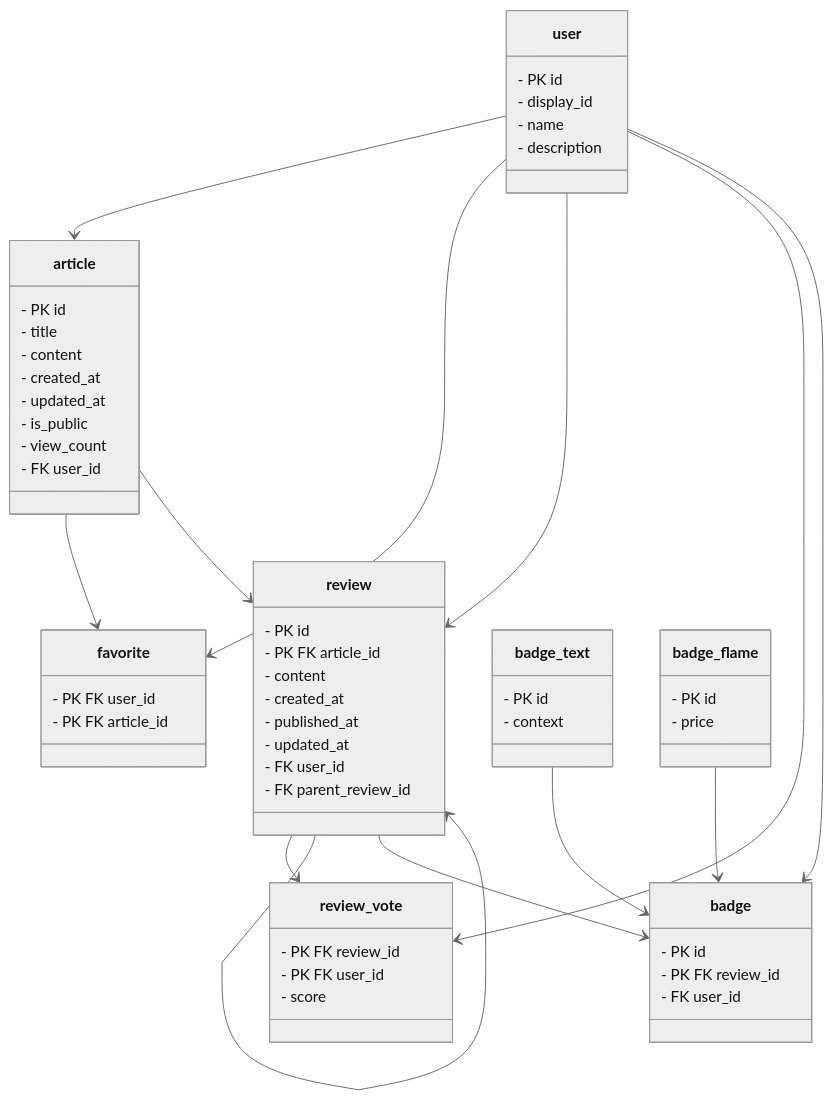
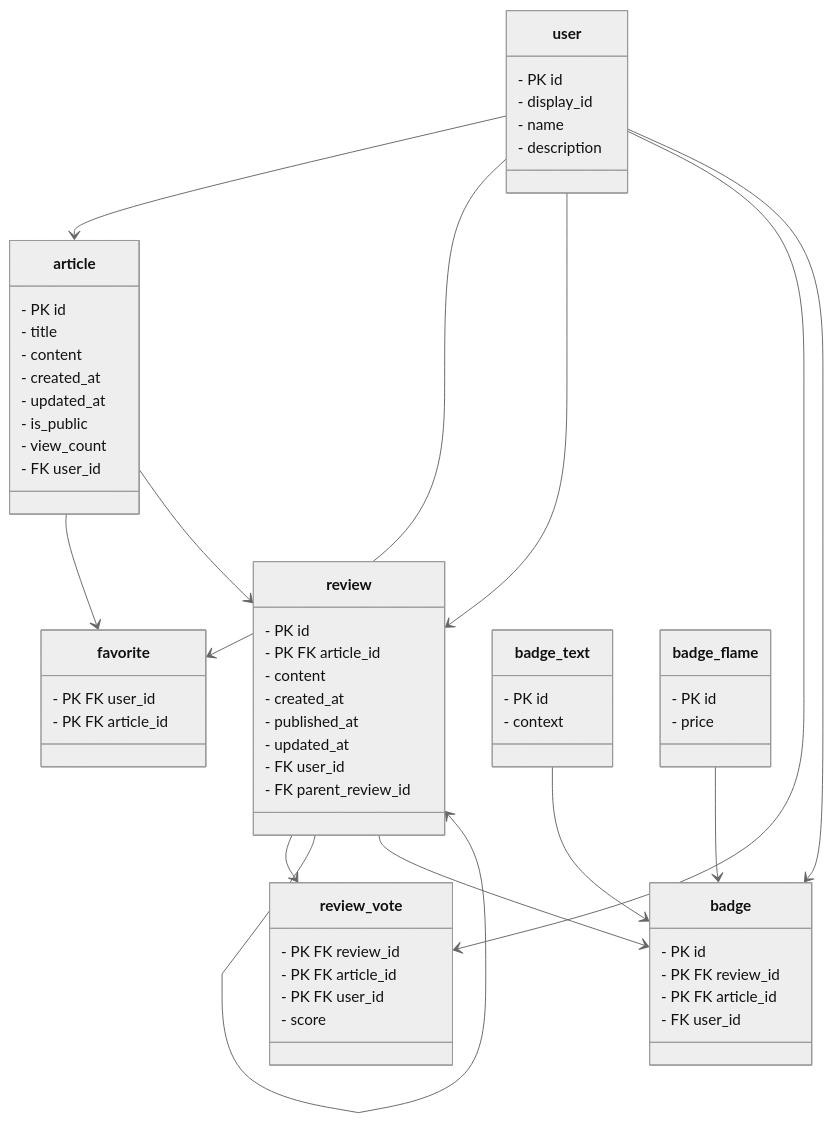
One commit to Potato-Gratin/TechPad changed the diagram in db/ER図.md. Above: the diagram before and after it, drawn with Mermaid (neutral theme). The commit also changed 2 other files, not shown here.

Commit message:
fix: review テーブルの設計を外部キーに反映

````diff
--- a/db/ER図.md
+++ b/db/ER図.md
@@ -1,72 +1,74 @@
 ```mermaid
 classDiagram
   user --> article
   user --> favorite
   article --> favorite
   article --> review
   user --> review
   review --> review_vote
   user --> review_vote
   review --> review
   user --> badge
   review --> badge
   badge_text --> badge
   badge_flame --> badge
 
 
   class user{
     - PK id
     - display_id
     - name
     - description
   }
 
   class article{
   - PK id
   - title
   - content
   - created_at
   - updated_at
   - is_public
   - view_count
   - FK user_id
   }
 
   class favorite{
   - PK FK user_id
   - PK FK article_id
   }
 
   class review{
   - PK id
   - PK FK article_id
   - content
   - created_at
   - published_at
   - updated_at
   - FK user_id
   - FK parent_review_id
   }
 
   class review_vote{
   - PK FK review_id
+  - PK FK article_id
   - PK FK user_id
   - score
   }
 
   class badge{
   - PK id
   - PK FK review_id
-  - FK user_id 
+  - PK FK article_id
+  - FK user_id
   }
 
   class badge_text {
   - PK id
   - context
   }
 
   class badge_flame {
   - PK id
   - price
   }
 ```
````
